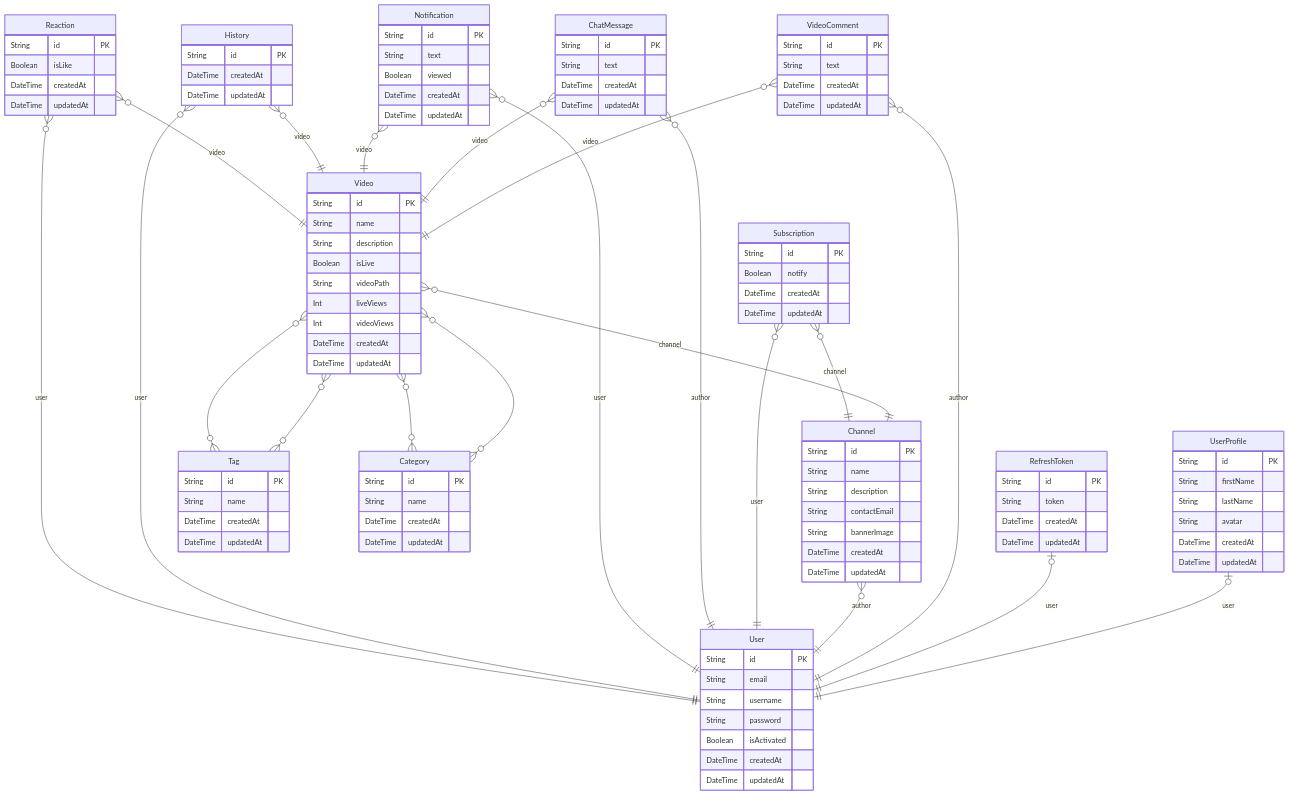
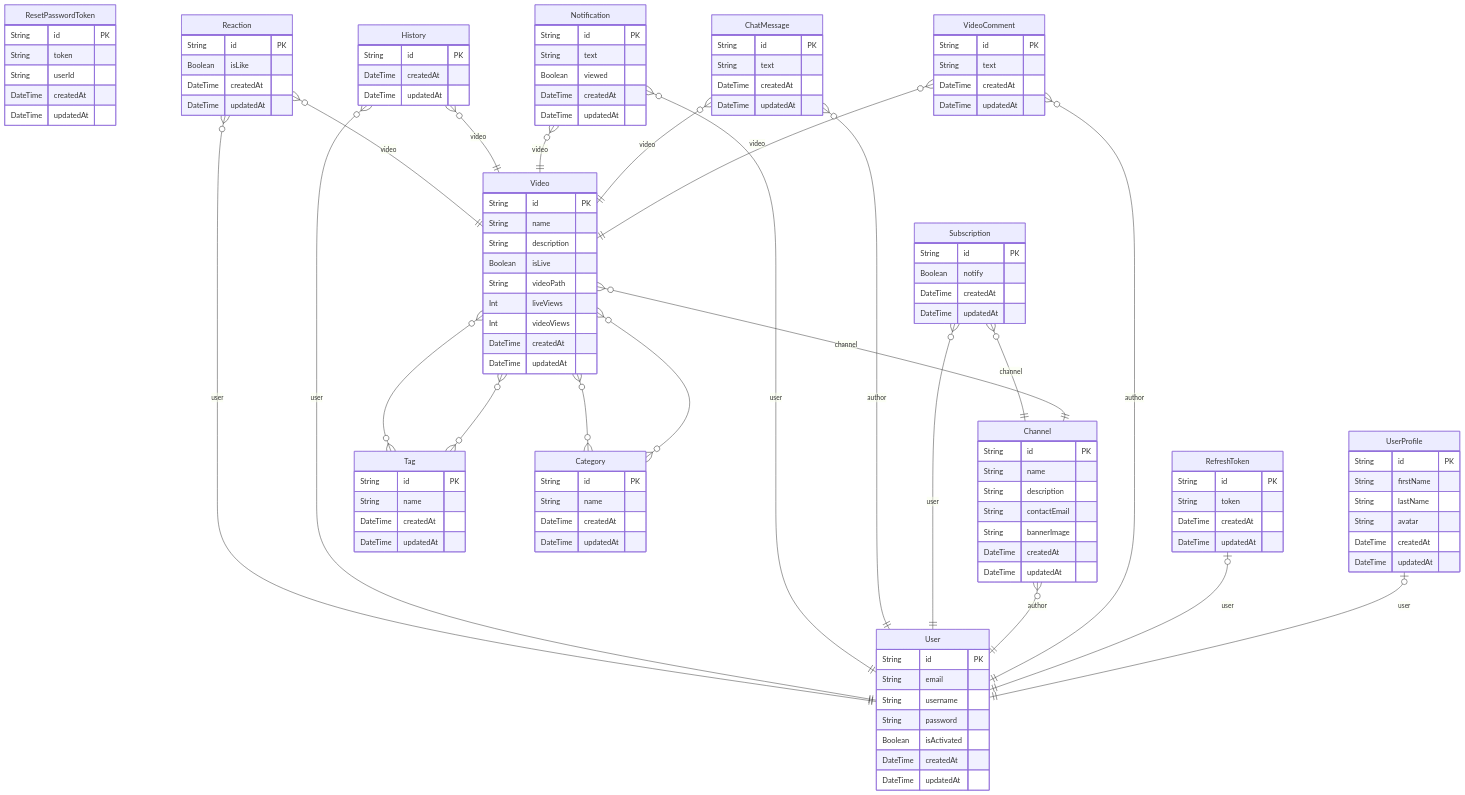
Before and after one commit to BinaryStudioAcademy/bsa-2022-streamlet: the diagram in readme.md, drawn with Mermaid. The commit also changed other lines of this file and 45 other files, not shown here.

Commit message:
common-94: + initial backend flow to restore password and verify email

```diff
--- a/readme.md
+++ b/readme.md
@@ -78,6 +80,14 @@
   RefreshToken {
     String id PK
     String token
+    DateTime createdAt
+    DateTime updatedAt
+    }
+
+  ResetPasswordToken {
+    String id PK
+    String token
+    String userId
     DateTime createdAt
     DateTime updatedAt
     }
```
